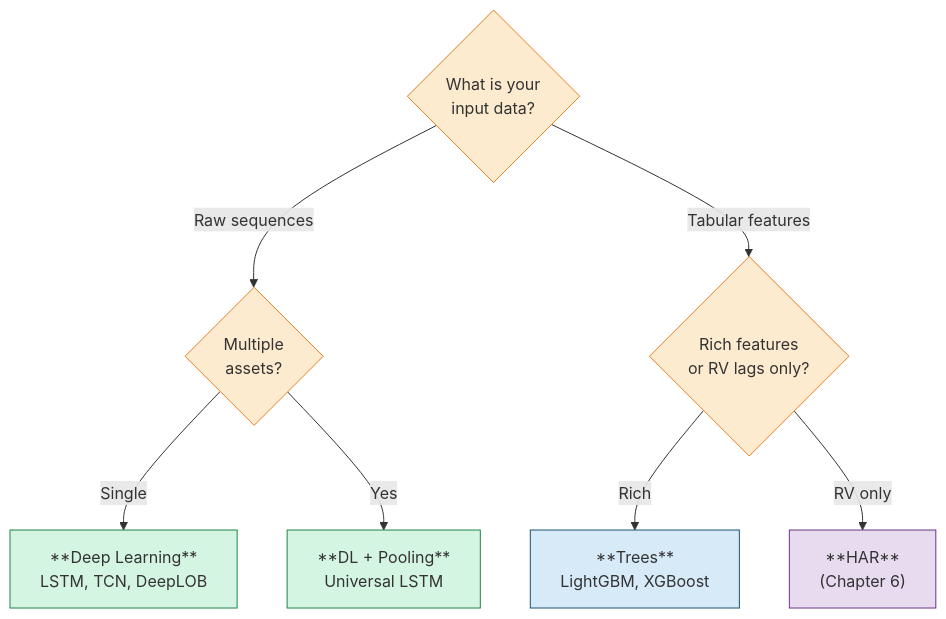
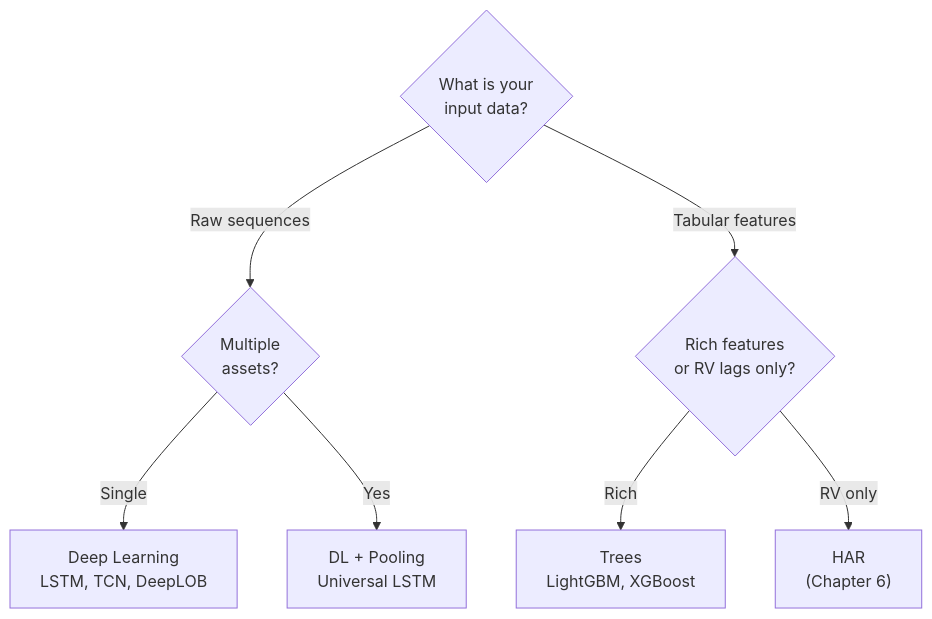
The fourth of 4 diagrams in vol-learning-guide/markdown/ch12b-deep-learning-vol.md (xRyann2255/ML-GS), drawn with Mermaid before and after one commit. The commit also changed other lines of this file and 19 other files, not shown here.

````diff
--- a/vol-learning-guide/markdown/ch12b-deep-learning-vol.md
+++ b/vol-learning-guide/markdown/ch12b-deep-learning-vol.md
@@ -469,26 +347,9 @@
 ```mermaid
 flowchart TD
-    q1{"What is your<br/>input data?"}
-    q2{"Multiple<br/>assets?"}
-    q3{"Rich features<br/>or RV lags only?"}
-    dl["**Deep Learning**<br/>LSTM, TCN, DeepLOB"]
-    dlpool["**DL + Pooling**<br/>Universal LSTM"]
-    trees["**Trees**<br/>LightGBM, XGBoost"]
-    har["**HAR**<br/>(Chapter 6)"]
-
-    q1 -- "Raw sequences" --> q2
-    q1 -- "Tabular features" --> q3
-    q2 -- "Single" --> dl
-    q2 -- "Yes" --> dlpool
-    q3 -- "Rich" --> trees
-    q3 -- "RV only" --> har
-
-    classDef dec fill:#fdebd0,stroke:#e67e22;
-    classDef dlc fill:#d5f5e3,stroke:#1e8449;
-    classDef trc fill:#d6eaf8,stroke:#1a5276;
-    classDef hrc fill:#e8daef,stroke:#6c3483;
-    class q1,q2,q3 dec;
-    class dl,dlpool dlc;
-    class trees trc;
-    class har hrc;
+  q1{"What is your<br/>input data?"} -->|"Raw sequences"| q2{"Multiple<br/>assets?"}
+  q1 -->|"Tabular features"| q3{"Rich features<br/>or RV lags only?"}
+  q2 -->|"Single"| dl["Deep Learning<br/>LSTM, TCN, DeepLOB"]
+  q2 -->|"Yes"| dlpool["DL + Pooling<br/>Universal LSTM"]
+  q3 -->|"Rich"| trees["Trees<br/>LightGBM, XGBoost"]
+  q3 -->|"RV only"| har["HAR<br/>(Chapter 6)"]
 ```
````
